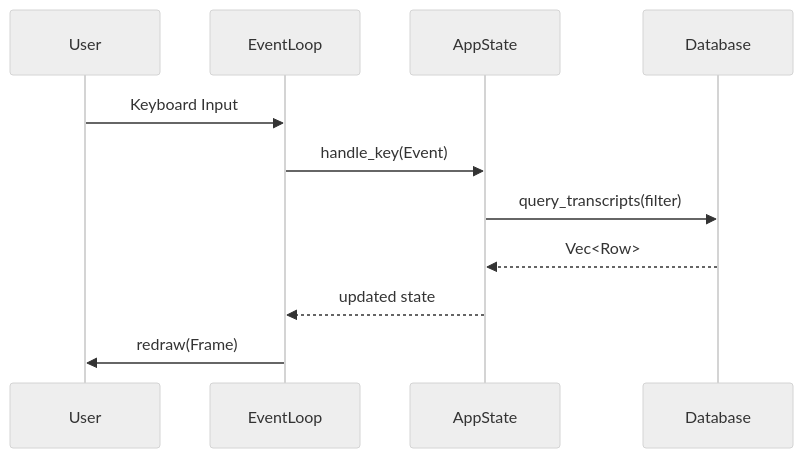
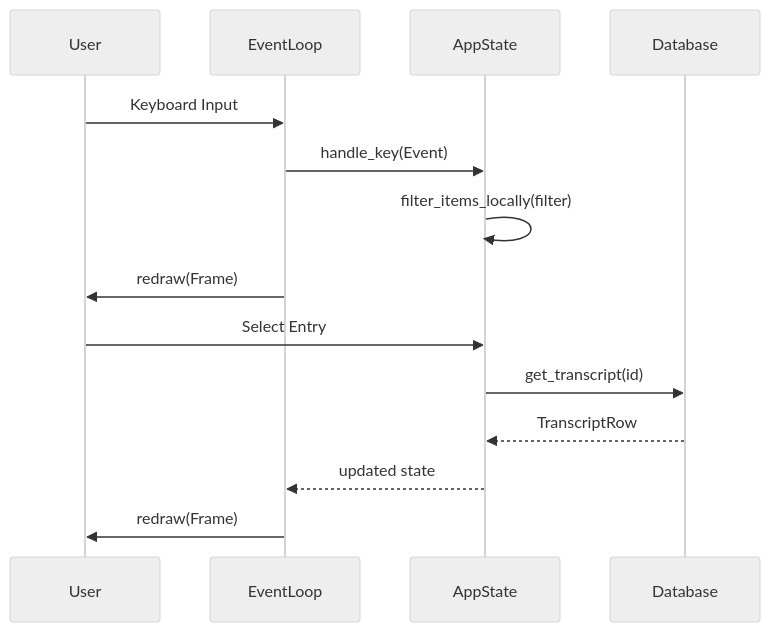
The diagram in doc/architecture.md (plops/transcript-explorer-rs), drawn with Mermaid (neutral theme) before and after one commit. The commit also changed other lines of this file and 8 other files, not shown here.

````diff
--- a/doc/architecture.md
+++ b/doc/architecture.md
@@ -27,14 +27,17 @@
 ```mermaid
 sequenceDiagram
     participant User
     participant EventLoop
     participant AppState
     participant Database
 
     User->>EventLoop: Keyboard Input
     EventLoop->>AppState: handle_key(Event)
-    AppState->>Database: query_transcripts(filter)
-    Database-->>AppState: Vec<Row>
+    AppState->>AppState: filter_items_locally(filter)
+    EventLoop->>User: redraw(Frame)
+    User->>AppState: Select Entry
+    AppState->>Database: get_transcript(id)
+    Database-->>AppState: TranscriptRow
     AppState-->>EventLoop: updated state
     EventLoop->>User: redraw(Frame)
 ```
````
